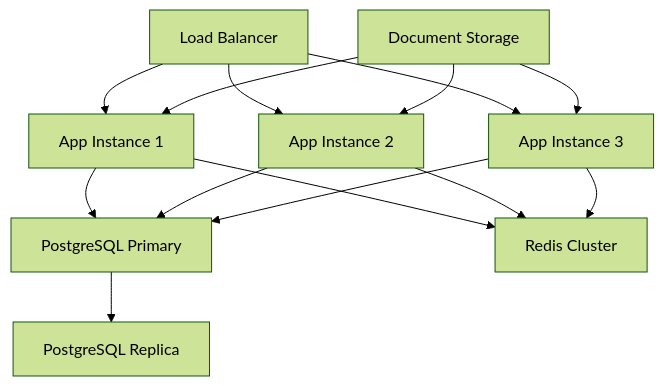
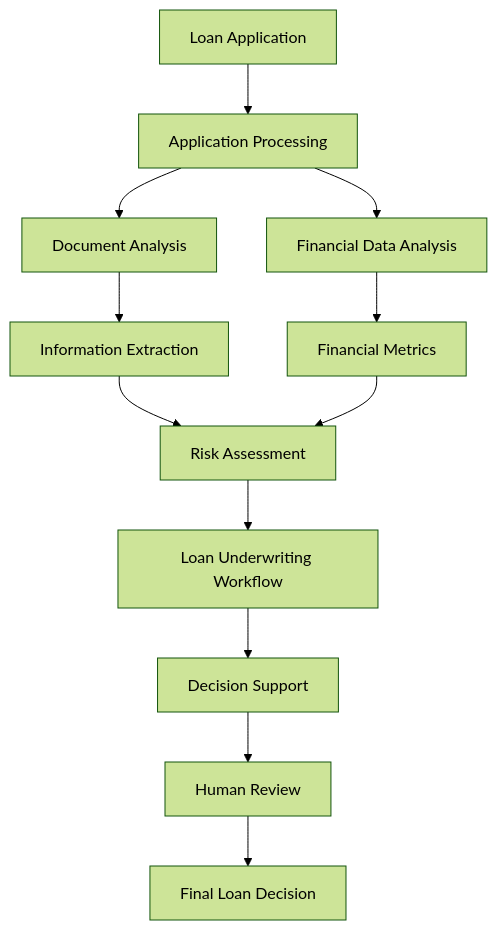
Before and after one commit to gayu1719/Agentic-AI-Loan-Automation: the first of 2 diagrams in README.md, drawn with Mermaid (forest theme). The commit also changed other lines of this file, not shown here.

````diff
--- a/README.md
+++ b/README.md
@@ -2583,20 +53,14 @@
 ```mermaid
-graph TB
-    A[Load Balancer] --> B[App Instance 1]
-    A --> C[App Instance 2]
-    A --> D[App Instance 3]
-    
-    B --> E[PostgreSQL Primary]
-    C --> E
-    D --> E
-    
-    E --> F[PostgreSQL Replica]
-    
-    B --> G[Redis Cluster]
-    C --> G
-    D --> G
-    
-    H[Document Storage] --> B
-    H --> C
-    H --> D
+flowchart TD
+    A[Loan Application] --> B[Application Processing]
+    B --> C[Document Analysis]
+    B --> D[Financial Data Analysis]
+    C --> E[Information Extraction]
+    D --> F[Financial Metrics]
+    E --> G[Risk Assessment]
+    F --> G
+    G --> H[Loan Underwriting Workflow]
+    H --> I[Decision Support]
+    I --> J[Human Review]
+    J --> K[Final Loan Decision]
 ```
````
